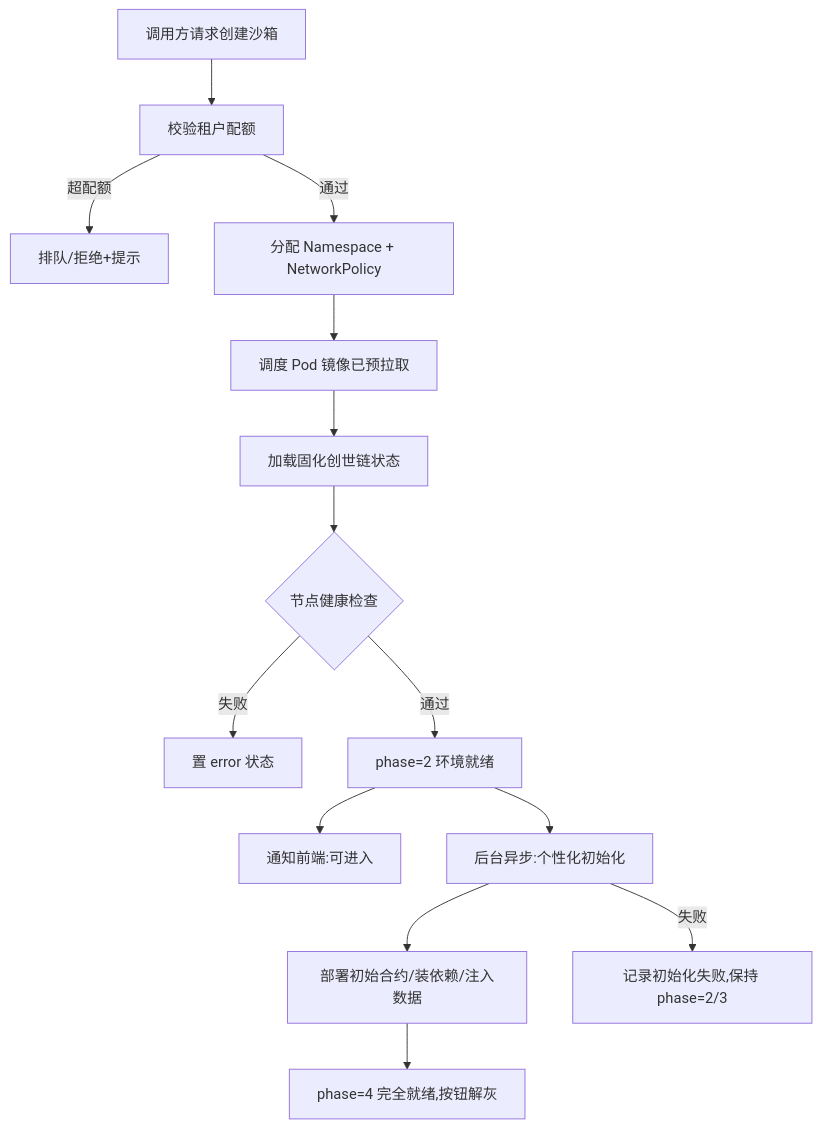
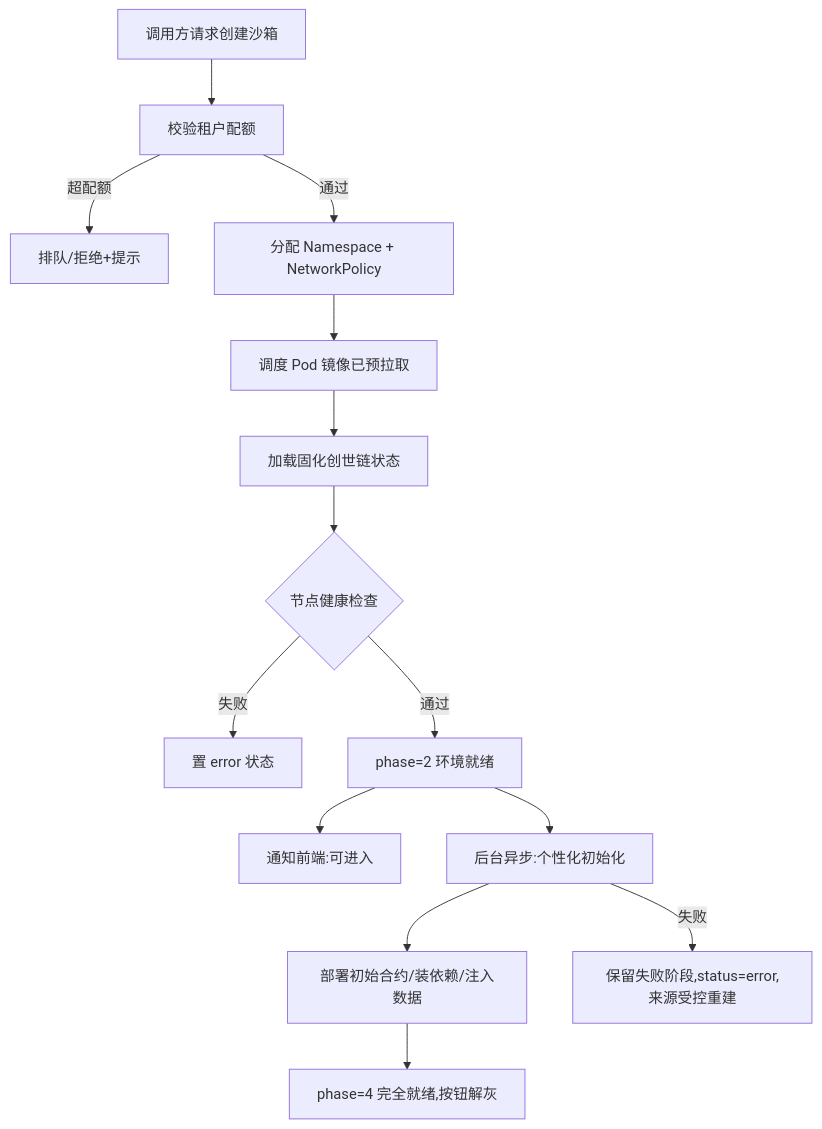
Before and after one commit to menghuishisan/CHAIMIR: the first of 7 diagrams in docs/02-沙箱引擎/05-业务流程与状态机.md, drawn with Mermaid. The commit also changed other lines of this file and 468 other files, not shown here.

````diff
--- a/docs/02-沙箱引擎/05-业务流程与状态机.md
+++ b/docs/02-沙箱引擎/05-业务流程与状态机.md
@@ -10,16 +10,16 @@
 ```mermaid
 flowchart TD
     A[调用方请求创建沙箱] --> B[校验租户配额]
     B -->|超配额| Z[排队/拒绝+提示]
     B -->|通过| C[分配 Namespace + NetworkPolicy]
     C --> D[调度 Pod 镜像已预拉取]
     D --> E[加载固化创世链状态]
     E --> F{节点健康检查}
     F -->|失败| ERR[置 error 状态]
     F -->|通过| G[phase=2 环境就绪]
     G --> H[通知前端:可进入]
     G --> I[后台异步:个性化初始化]
     I --> J[部署初始合约/装依赖/注入数据]
     J --> K[phase=4 完全就绪,按钮解灰]
-    I -->|失败| E2[记录初始化失败,保持 phase=2/3]
+    I -->|失败| E2[保留失败阶段,status=error,来源受控重建]
 ```
````
